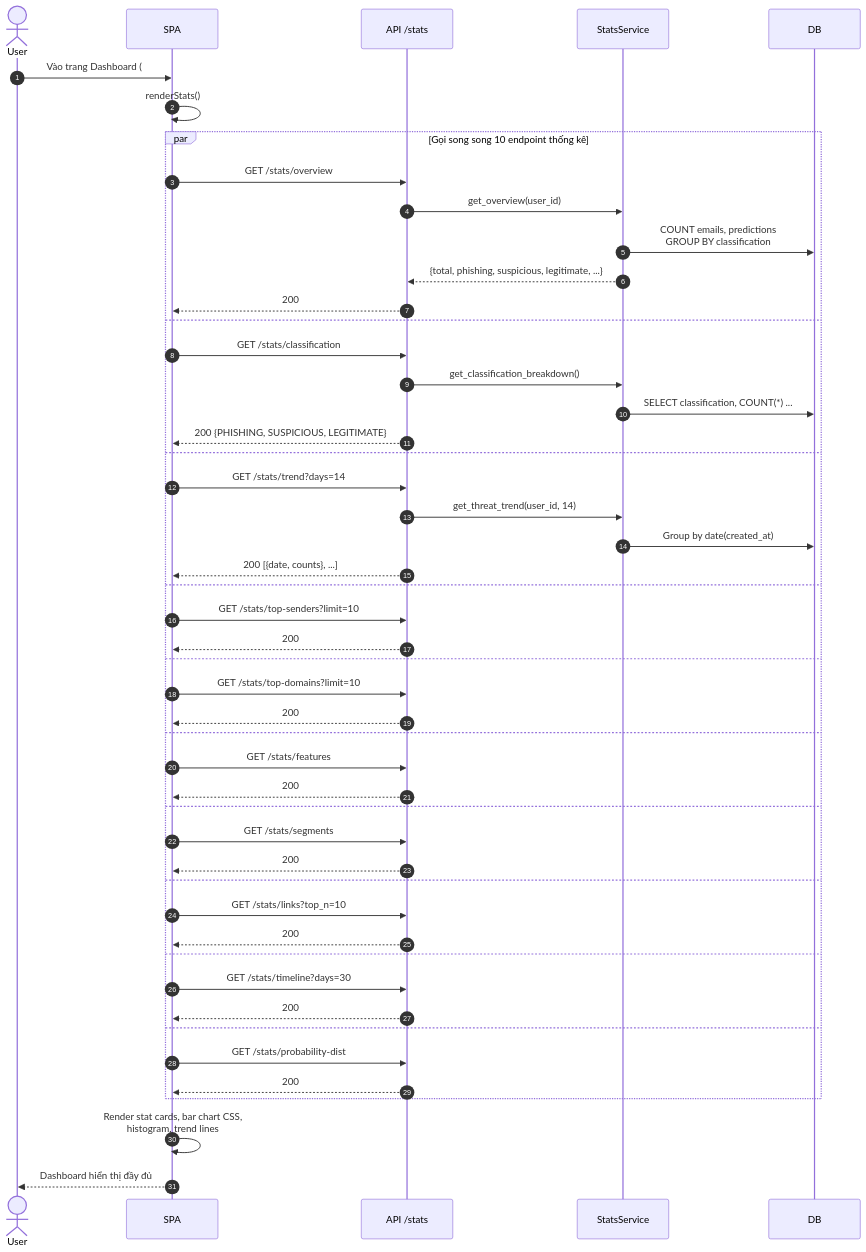
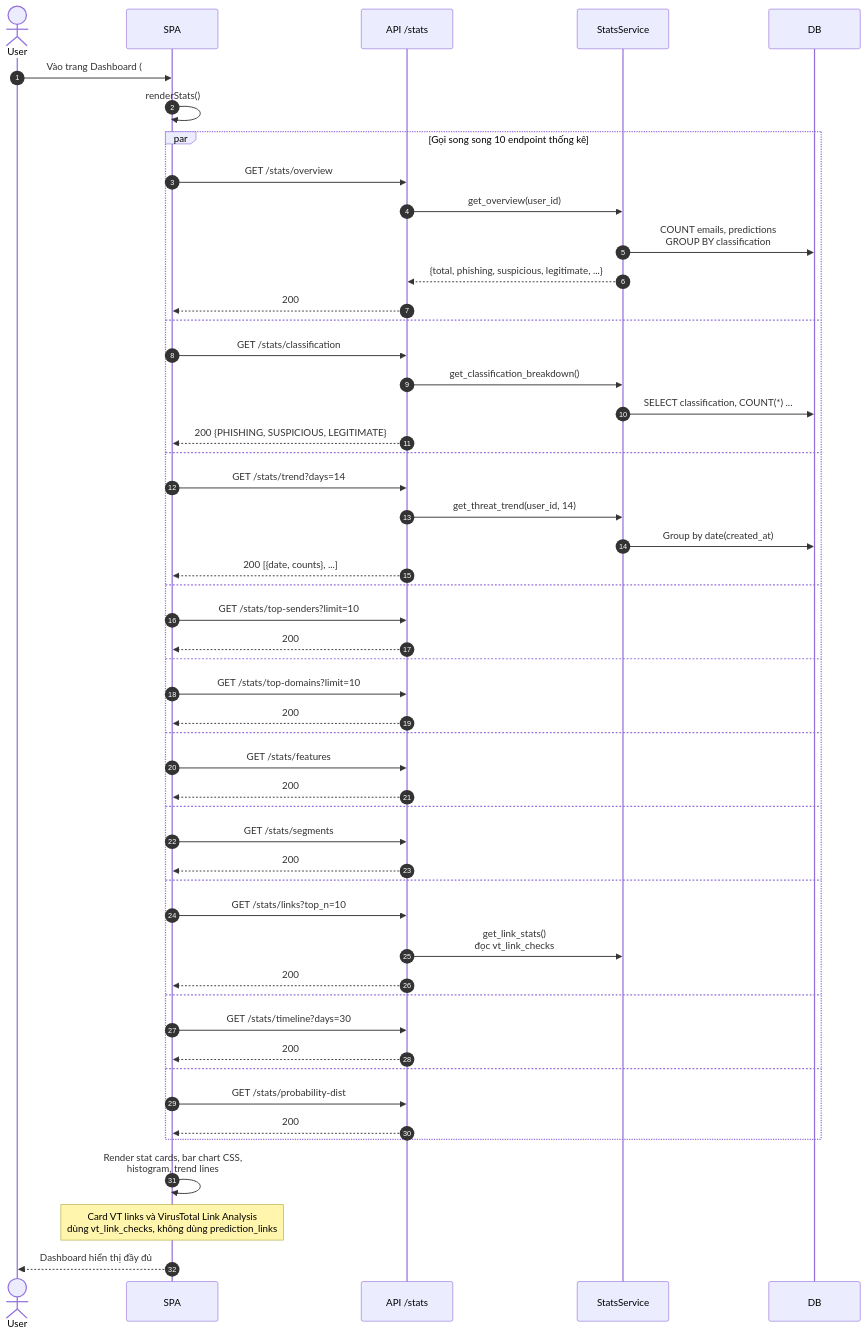
One commit to jackorofrobert/Final_Project_FPTU changed diagram 11 of 17 in docs/SEQUENCE_DIAGRAMS.md. Above: the diagram before and after it, drawn with Mermaid. The commit also changed other lines of this file and 2 other files, not shown here.

````diff
--- a/docs/SEQUENCE_DIAGRAMS.md
+++ b/docs/SEQUENCE_DIAGRAMS.md
@@ -432,52 +433,54 @@
 ```mermaid
 sequenceDiagram
     autonumber
     actor User
     participant SPA
     participant API as API /stats
     participant Svc as StatsService
     participant DB
 
     User->>SPA: Vào trang Dashboard (#stats)
     SPA->>SPA: renderStats()
     par Gọi song song 10 endpoint thống kê
         SPA->>API: GET /stats/overview
         API->>Svc: get_overview(user_id)
         Svc->>DB: COUNT emails, predictions<br/>GROUP BY classification
         Svc-->>API: {total, phishing, suspicious, legitimate, ...}
         API-->>SPA: 200
     and
         SPA->>API: GET /stats/classification
         API->>Svc: get_classification_breakdown()
         Svc->>DB: SELECT classification, COUNT(*) ...
         API-->>SPA: 200 {PHISHING, SUSPICIOUS, LEGITIMATE}
     and
         SPA->>API: GET /stats/trend?days=14
         API->>Svc: get_threat_trend(user_id, 14)
         Svc->>DB: Group by date(created_at)
         API-->>SPA: 200 [{date, counts}, ...]
     and
         SPA->>API: GET /stats/top-senders?limit=10
         API-->>SPA: 200
     and
         SPA->>API: GET /stats/top-domains?limit=10
         API-->>SPA: 200
     and
         SPA->>API: GET /stats/features
         API-->>SPA: 200
     and
         SPA->>API: GET /stats/segments
         API-->>SPA: 200
     and
         SPA->>API: GET /stats/links?top_n=10
+        API->>Svc: get_link_stats()<br/>đọc vt_link_checks
         API-->>SPA: 200
     and
         SPA->>API: GET /stats/timeline?days=30
         API-->>SPA: 200
     and
         SPA->>API: GET /stats/probability-dist
         API-->>SPA: 200
     end
     SPA->>SPA: Render stat cards, bar chart CSS,<br/>histogram, trend lines
+    Note over SPA: Card VT links và VirusTotal Link Analysis<br/>dùng vt_link_checks, không dùng prediction_links
     SPA-->>User: Dashboard hiển thị đầy đủ
 ```
````
